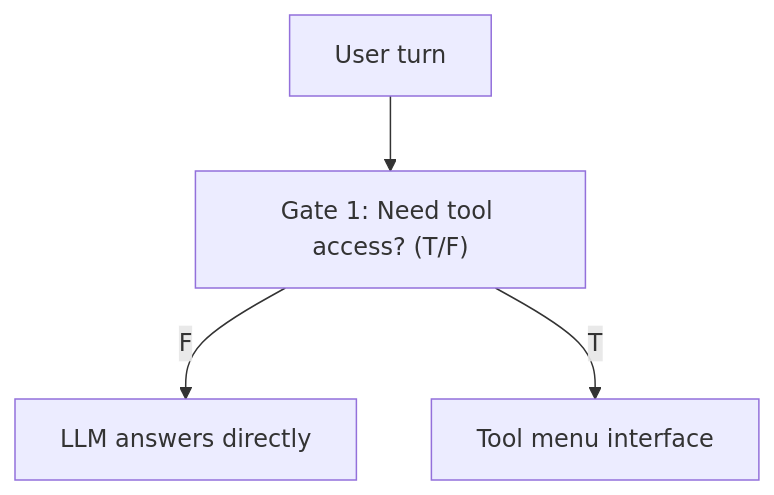
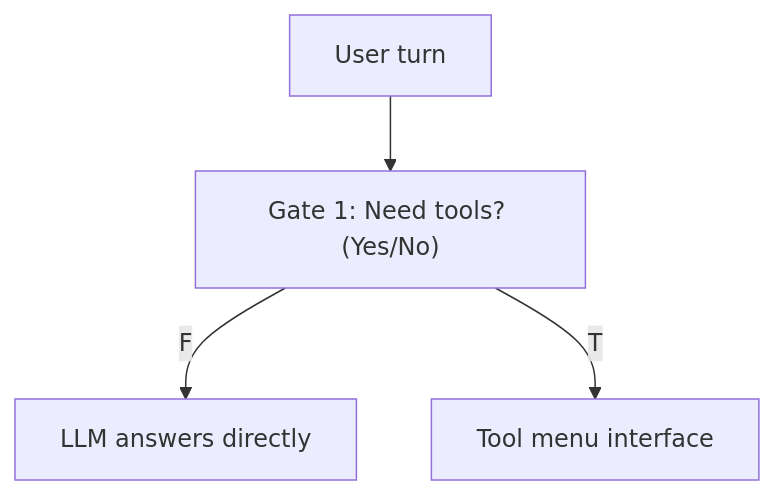
Before and after one commit to jakerslam/protheus: the second of 4 diagrams in docs/workspace/orchestration_workflow_maps.md, drawn with Mermaid. The commit also changed other lines of this file and 58 other files, not shown here.

````diff
--- a/docs/workspace/orchestration_workflow_maps.md
+++ b/docs/workspace/orchestration_workflow_maps.md
@@ -29,6 +29,6 @@
 ```mermaid
 flowchart TD
-    A[User turn] --> B["Gate 1: Need tool access? (T/F)"]
+    A[User turn] --> B["Gate 1: Need tools? (Yes/No)"]
     B -->|F| C[LLM answers directly]
     B -->|T| D[Tool menu interface]
 ```
````
